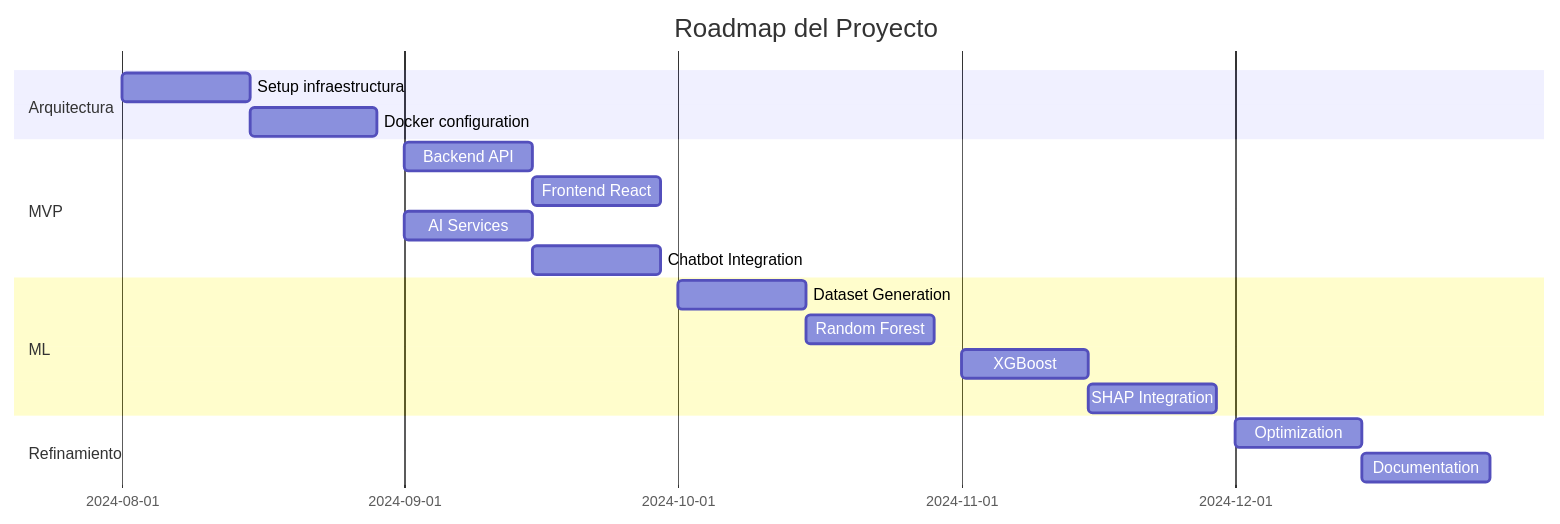
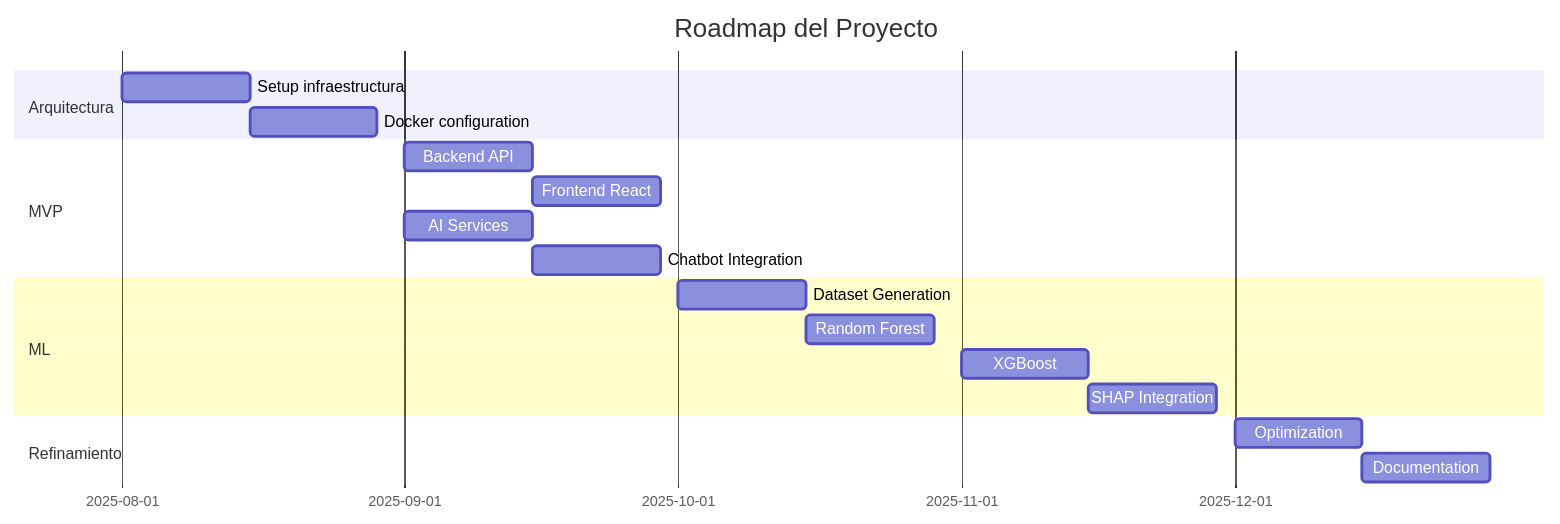
One commit to epis-upt-flor/proyecto-final-sistema_enfermedades_respiratorias changed the second of 2 diagrams in METODOLOGIA_AGIL_PROYECTO.md. Above: the diagram before and after it, drawn with Mermaid.

````diff
--- a/METODOLOGIA_AGIL_PROYECTO.md
+++ b/METODOLOGIA_AGIL_PROYECTO.md
@@ -276,24 +276,24 @@
 ```mermaid
 gantt
     title Roadmap del Proyecto
     dateFormat  YYYY-MM-DD
     section Arquitectura
-    Setup infraestructura    :a1, 2024-08-01, 14d
-    Docker configuration     :a2, 2024-08-15, 14d
+    Setup infraestructura    :a1, 2025-08-01, 14d
+    Docker configuration     :a2, 2025-08-15, 14d
     
     section MVP
-    Backend API             :b1, 2024-09-01, 14d
-    Frontend React          :b2, 2024-09-15, 14d
-    AI Services             :b3, 2024-09-01, 14d
-    Chatbot Integration     :b4, 2024-09-15, 14d
+    Backend API             :b1, 2025-09-01, 14d
+    Frontend React          :b2, 2025-09-15, 14d
+    AI Services             :b3, 2025-09-01, 14d
+    Chatbot Integration     :b4, 2025-09-15, 14d
     
     section ML
-    Dataset Generation      :c1, 2024-10-01, 14d
-    Random Forest           :c2, 2024-10-15, 14d
-    XGBoost                 :c3, 2024-11-01, 14d
-    SHAP Integration        :c4, 2024-11-15, 14d
+    Dataset Generation      :c1, 2025-10-01, 14d
+    Random Forest           :c2, 2025-10-15, 14d
+    XGBoost                 :c3, 2025-11-01, 14d
+    SHAP Integration        :c4, 2025-11-15, 14d
     
     section Refinamiento
-    Optimization            :d1, 2024-12-01, 14d
-    Documentation           :d2, 2024-12-15, 14d
+    Optimization            :d1, 2025-12-01, 14d
+    Documentation           :d2, 2025-12-15, 14d
 ```
````
